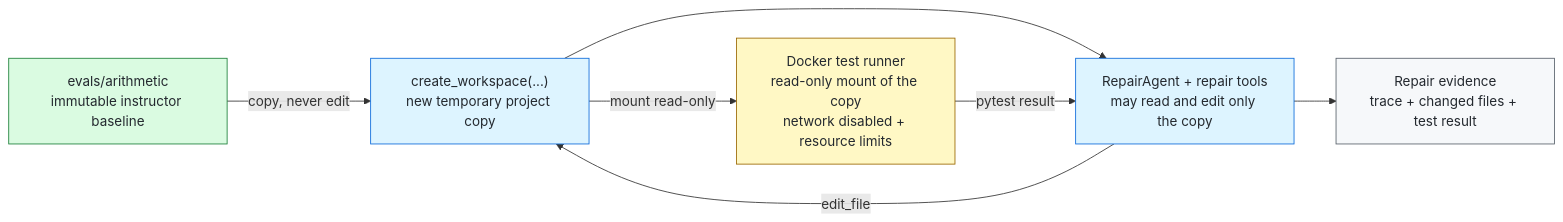
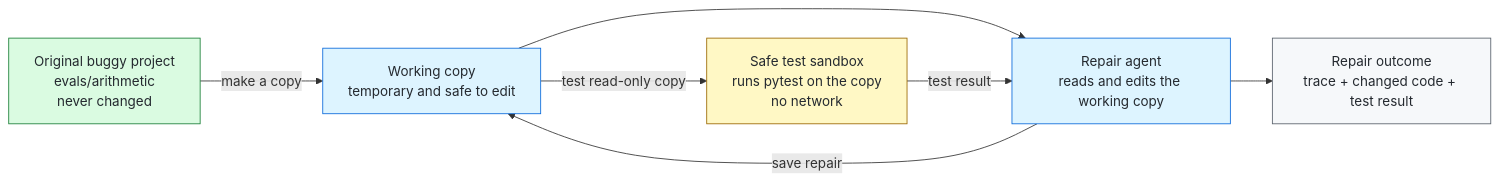
One commit to ForgettaAnthony/coding-agent-lab changed the second of 3 diagrams in README.md. Above: the diagram before and after it, drawn with Mermaid.

Commit message:
docs: simplify repair isolation diagram

````diff
--- a/README.md
+++ b/README.md
@@ -152,24 +152,24 @@
 ```mermaid
 flowchart LR
-    baseline["evals/arithmetic<br/>immutable instructor baseline"]
-    copy["create_workspace(...)<br/>new temporary project copy"]
-    agent["RepairAgent + repair tools<br/>may read and edit only the copy"]
-    docker["Docker test runner<br/>read-only mount of the copy<br/>network disabled + resource limits"]
-    result["Repair evidence<br/>trace + changed files + test result"]
+    baseline["Original buggy project<br/>evals/arithmetic<br/>never changed"]
+    copy["Working copy<br/>temporary and safe to edit"]
+    agent["Repair agent<br/>reads and edits the working copy"]
+    docker["Safe test sandbox<br/>runs pytest on the copy<br/>no network"]
+    result["Repair outcome<br/>trace + changed code + test result"]
 
-    baseline -->|copy, never edit| copy
+    baseline -->|make a copy| copy
     copy --> agent
-    agent -->|edit_file| copy
-    copy -->|mount read-only| docker
-    docker -->|pytest result| agent
+    agent -->|save repair| copy
+    copy -->|test read-only copy| docker
+    docker -->|test result| agent
     agent --> result
 
     classDef baseline fill:#dafbe1,stroke:#1a7f37,color:#24292f
     classDef workspace fill:#ddf4ff,stroke:#0969da,color:#24292f
     classDef sandbox fill:#fff8c5,stroke:#9a6700,color:#24292f
     classDef outcome fill:#f6f8fa,stroke:#57606a,color:#24292f
     class baseline baseline
     class copy,agent workspace
     class docker sandbox
     class result outcome
 ```
````
